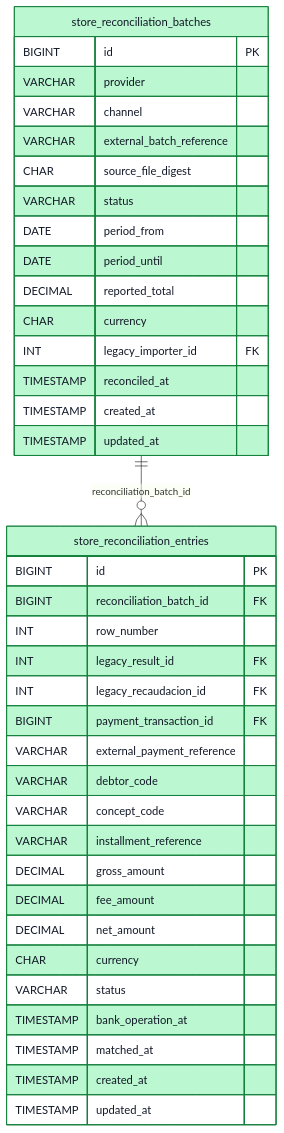
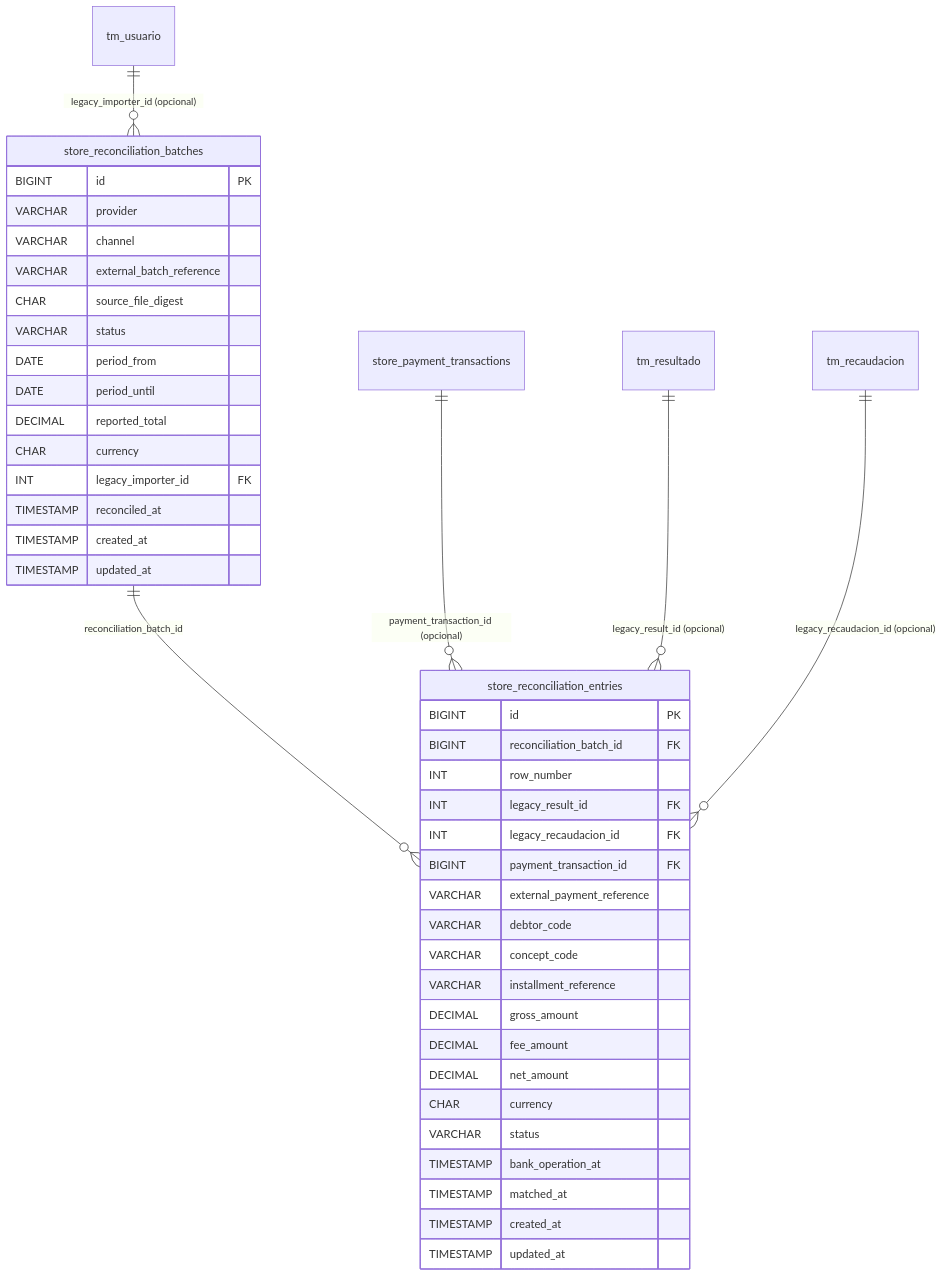
One commit to JIMMY1012102/UNDC-Pagos-Posgrado changed the diagram in docs/modelo-datos/conciliacion.md. Above: the diagram before and after it, drawn with Mermaid. The commit also changed other lines of this file, not shown here.

Commit message:
docs(db): completar FK externas y cardinalidades de conciliacion

````diff
--- a/docs/modelo-datos/conciliacion.md
+++ b/docs/modelo-datos/conciliacion.md
@@ -3,43 +3,45 @@
 ```mermaid
 erDiagram
   store_reconciliation_batches {
 BIGINT id PK
 VARCHAR provider
 VARCHAR channel
 VARCHAR external_batch_reference
 CHAR source_file_digest
 VARCHAR status
 DATE period_from
 DATE period_until
 DECIMAL reported_total
 CHAR currency
 INT legacy_importer_id FK
 TIMESTAMP reconciled_at
 TIMESTAMP created_at
 TIMESTAMP updated_at
   }
   store_reconciliation_entries {
 BIGINT id PK
 BIGINT reconciliation_batch_id FK
 INT row_number
 INT legacy_result_id FK
 INT legacy_recaudacion_id FK
 BIGINT payment_transaction_id FK
 VARCHAR external_payment_reference
 VARCHAR debtor_code
 VARCHAR concept_code
 VARCHAR installment_reference
 DECIMAL gross_amount
 DECIMAL fee_amount
 DECIMAL net_amount
 CHAR currency
 VARCHAR status
 TIMESTAMP bank_operation_at
 TIMESTAMP matched_at
 TIMESTAMP created_at
 TIMESTAMP updated_at
   }
+  tm_usuario ||--o{ store_reconciliation_batches : "legacy_importer_id (opcional)"
   store_reconciliation_batches ||--o{ store_reconciliation_entries : "reconciliation_batch_id"
-  style store_reconciliation_batches fill:#BBF7D0,stroke:#15803D,color:#111827
-  style store_reconciliation_entries fill:#BBF7D0,stroke:#15803D,color:#111827
+  store_payment_transactions ||--o{ store_reconciliation_entries : "payment_transaction_id (opcional)"
+  tm_resultado ||--o{ store_reconciliation_entries : "legacy_result_id (opcional)"
+  tm_recaudacion ||--o{ store_reconciliation_entries : "legacy_recaudacion_id (opcional)"
 ```
````
